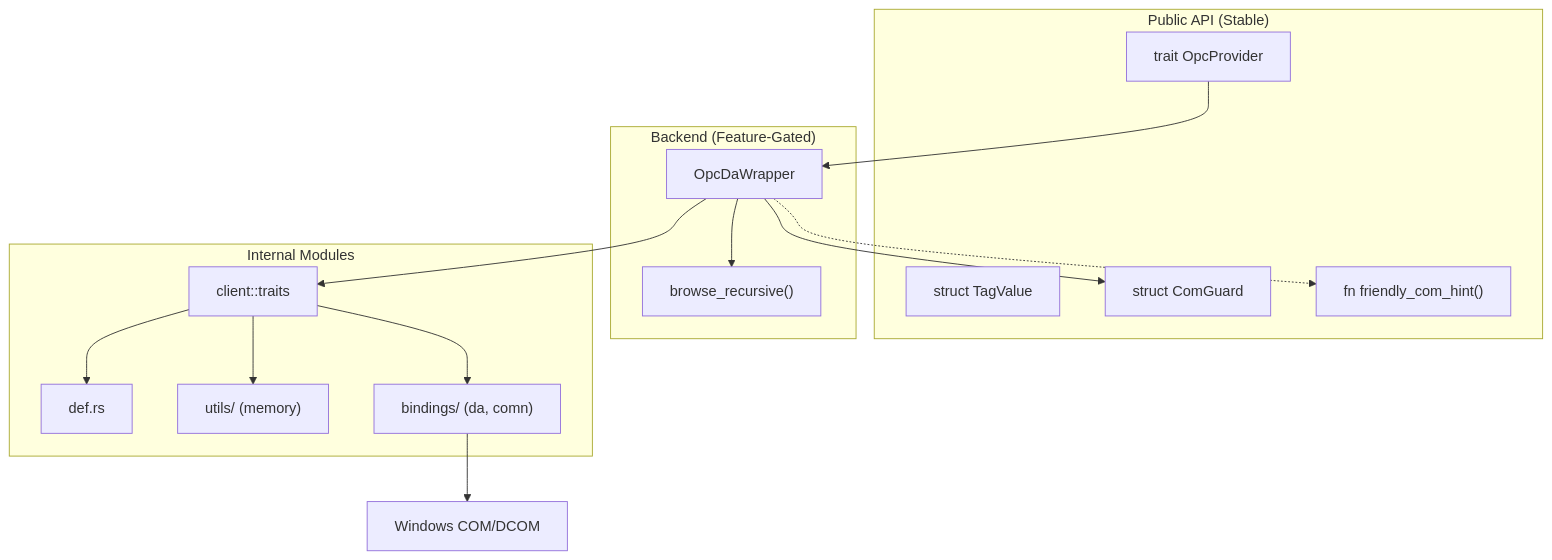
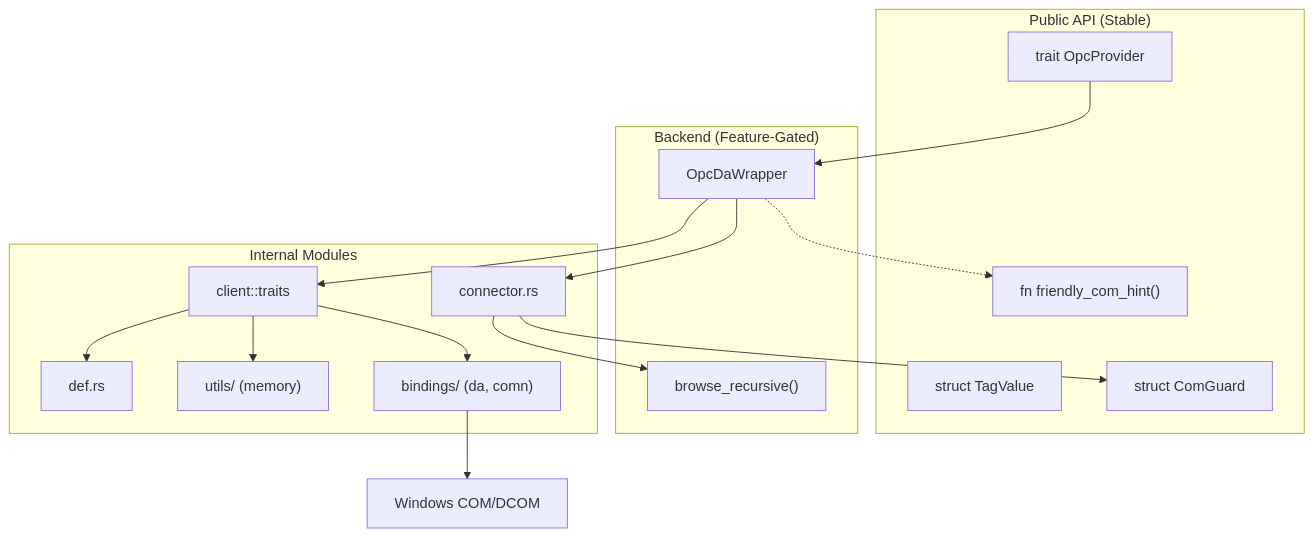
The diagram in opc-da-client/architecture.md (wends155/opc-cli), drawn with Mermaid before and after one commit. The commit also changed other lines of this file and 8 other files, not shown here.

````diff
--- a/opc-da-client/architecture.md
+++ b/opc-da-client/architecture.md
@@ -161,30 +165,32 @@
 ```mermaid
 graph TD
     subgraph "Public API (Stable)"
         Trait["trait OpcProvider"]
         TagValue["struct TagValue"]
         Guard["struct ComGuard"]
         Hint["fn friendly_com_hint()"]
     end
 
     subgraph "Backend (Feature-Gated)"
         Wrapper["OpcDaWrapper"]
         Browse["browse_recursive()"]
     end
 
     subgraph "Internal Modules"
         ClientTraits["client::traits"]
         Defs["def.rs"]
         Utils["utils/ (memory)"]
         Bindings["bindings/ (da, comn)"]
+        Connector["connector.rs"]
     end
 
     Trait --> Wrapper
-    Wrapper --> Browse
-    Wrapper --> Guard
+    Wrapper --> Connector
+    Connector --> Browse
+    Connector --> Guard
     Wrapper --> ClientTraits
     ClientTraits --> Defs & Utils
     ClientTraits --> Bindings
     Bindings --> WinCOM["Windows COM/DCOM"]
     Wrapper -.-> Hint
 ```
````
